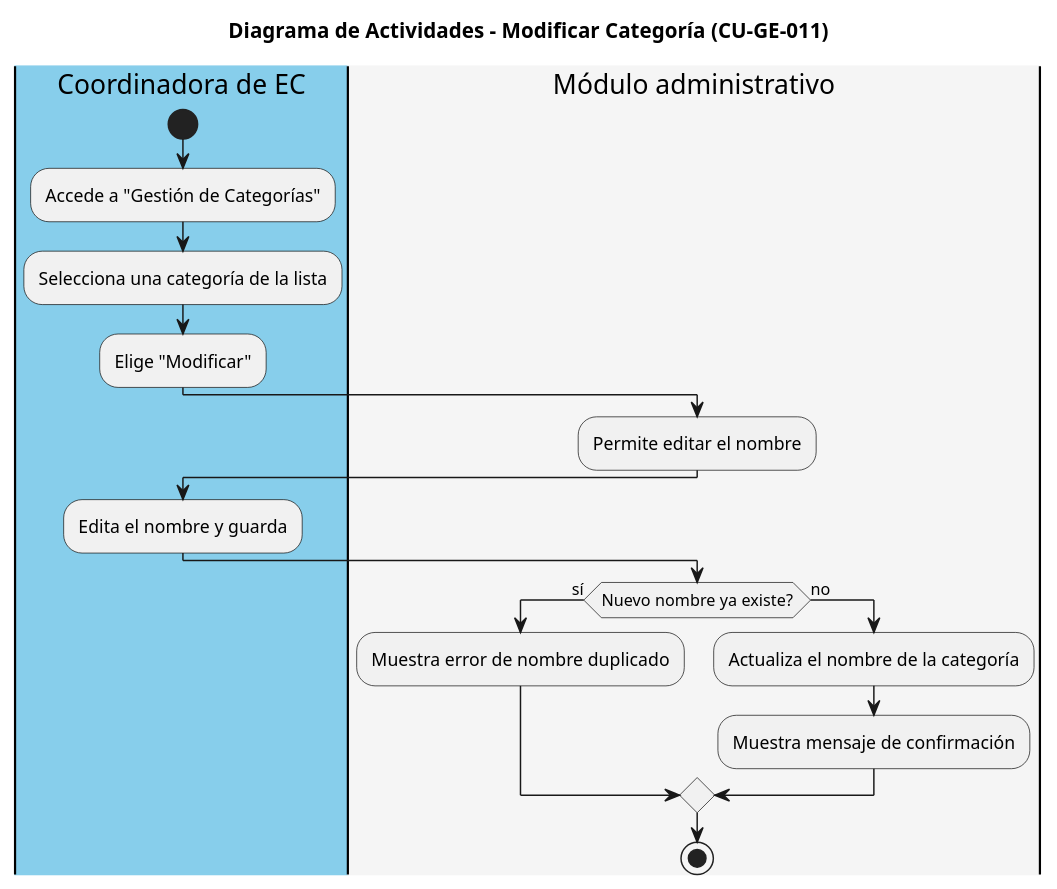
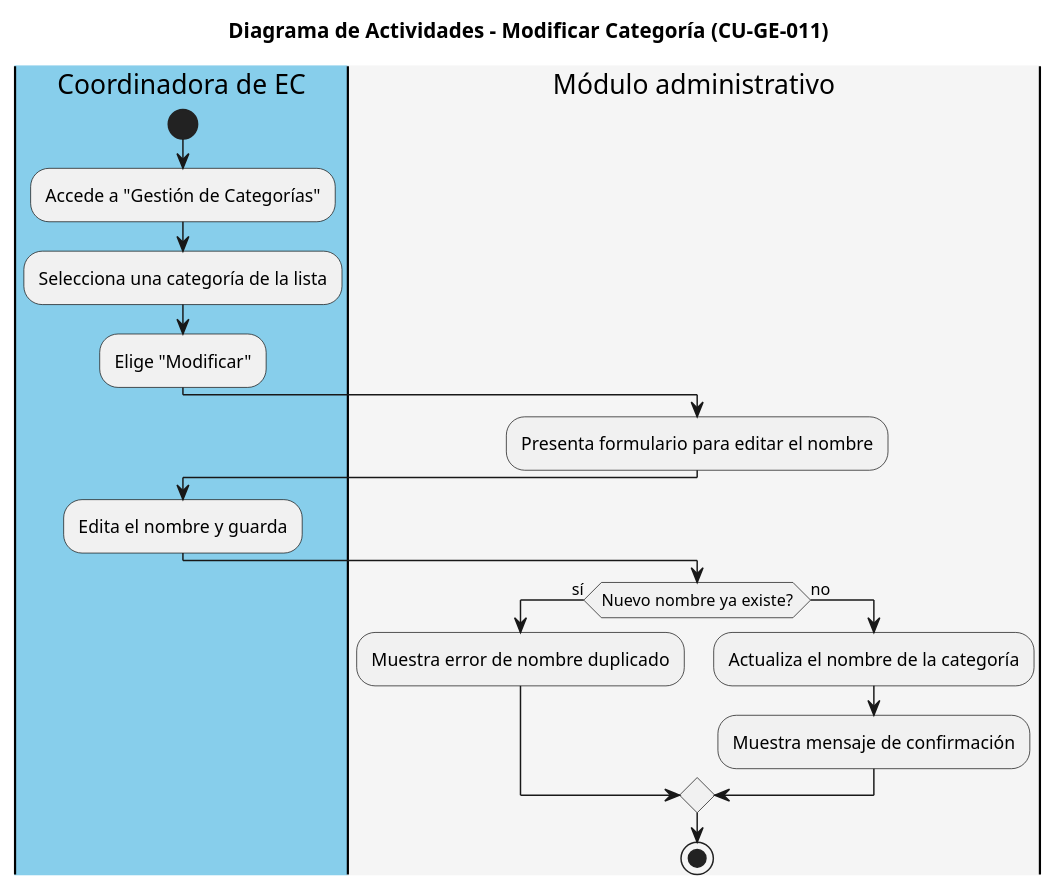
Before and after one commit to iKinoo/baby-salesforce-admin-module: the diagram in code/CU-GE-011_Modificar_Categoria.puml, drawn with PlantUML. The commit also changed 44 other files, not shown here.

```diff
--- a/code/CU-GE-011_Modificar_Categoria.puml
+++ b/code/CU-GE-011_Modificar_Categoria.puml
@@ -1,24 +1,24 @@
 @startuml
 title Diagrama de Actividades - Modificar Categoría (CU-GE-011)
 
 |#skyblue|Coordinadora de EC|
 start
 :Accede a "Gestión de Categorías";
 :Selecciona una categoría de la lista;
 :Elige "Modificar";
 
 |#whitesmoke|Módulo administrativo|
-:Permite editar el nombre;
+:Presenta formulario para editar el nombre;
 
 |#skyblue|Coordinadora de EC|
 :Edita el nombre y guarda;
 
 |#whitesmoke|Módulo administrativo|
 if (Nuevo nombre ya existe?) then (sí)
    :Muestra error de nombre duplicado;
 else (no)
   :Actualiza el nombre de la categoría;
   :Muestra mensaje de confirmación;
 endif
 stop
 @enduml
```
